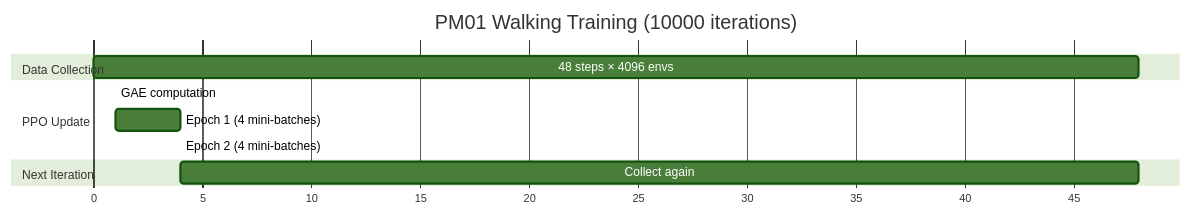
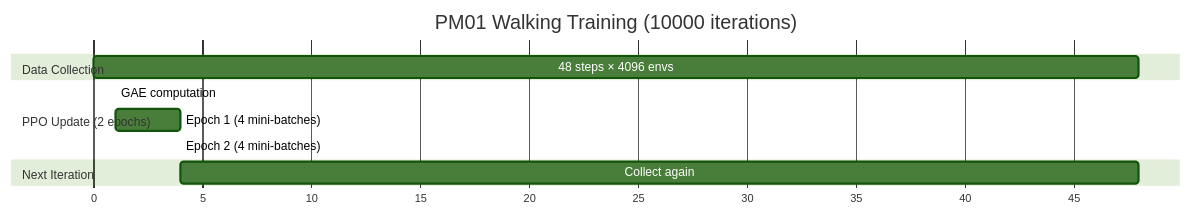
The eighth of 9 diagrams in docs/PPO_NETWORK.md (armmarov/armrobot), drawn with Mermaid (forest theme) before and after one commit. The commit also changed other lines of this file and 2 other files, not shown here.

First line of the commit message:
Run 21: Match EngineAI num_learning_epochs=2 to fix value loss spikes

````diff
--- a/docs/PPO_NETWORK.md
+++ b/docs/PPO_NETWORK.md
@@ -350,17 +350,17 @@
 ```mermaid
 gantt
     title PM01 Walking Training (10000 iterations)
     dateFormat X
     axisFormat %s
 
     section Data Collection
     48 steps × 4096 envs    :a1, 0, 48
 
-    section PPO Update
+    section PPO Update (2 epochs)
     GAE computation          :a2, after a1, 1
     Epoch 1 (4 mini-batches) :a3, after a2, 4
     Epoch 2 (4 mini-batches) :a4, after a3, 4
 
     section Next Iteration
     Collect again            :a5, after a4, 48
 ```
````
